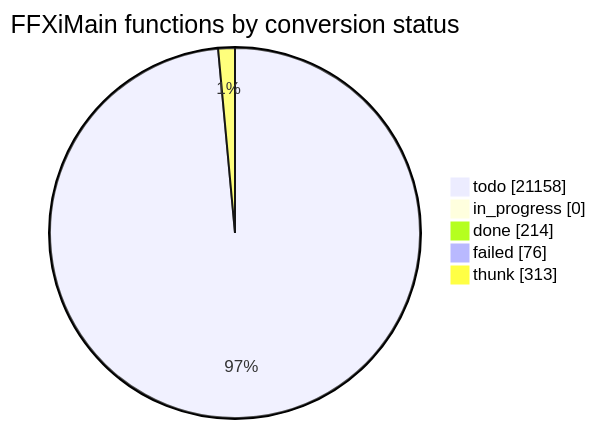
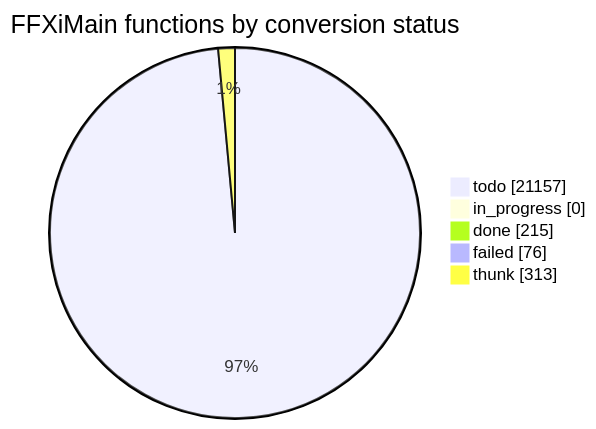
One commit to cowrevenge/cow_kuluu_xi_anything changed the diagram in docs/cow/STATUS.md. Above: the diagram before and after it, drawn with Mermaid. The commit also changed other lines of this file and 9 other files, not shown here.

````diff
--- a/docs/cow/STATUS.md
+++ b/docs/cow/STATUS.md
@@ -18,9 +18,9 @@
 ```mermaid
 pie showData
     title FFXiMain functions by conversion status
-    "todo" : 21158
+    "todo" : 21157
     "in_progress" : 0
-    "done" : 214
+    "done" : 215
     "failed" : 76
     "thunk" : 313
 ```
````
